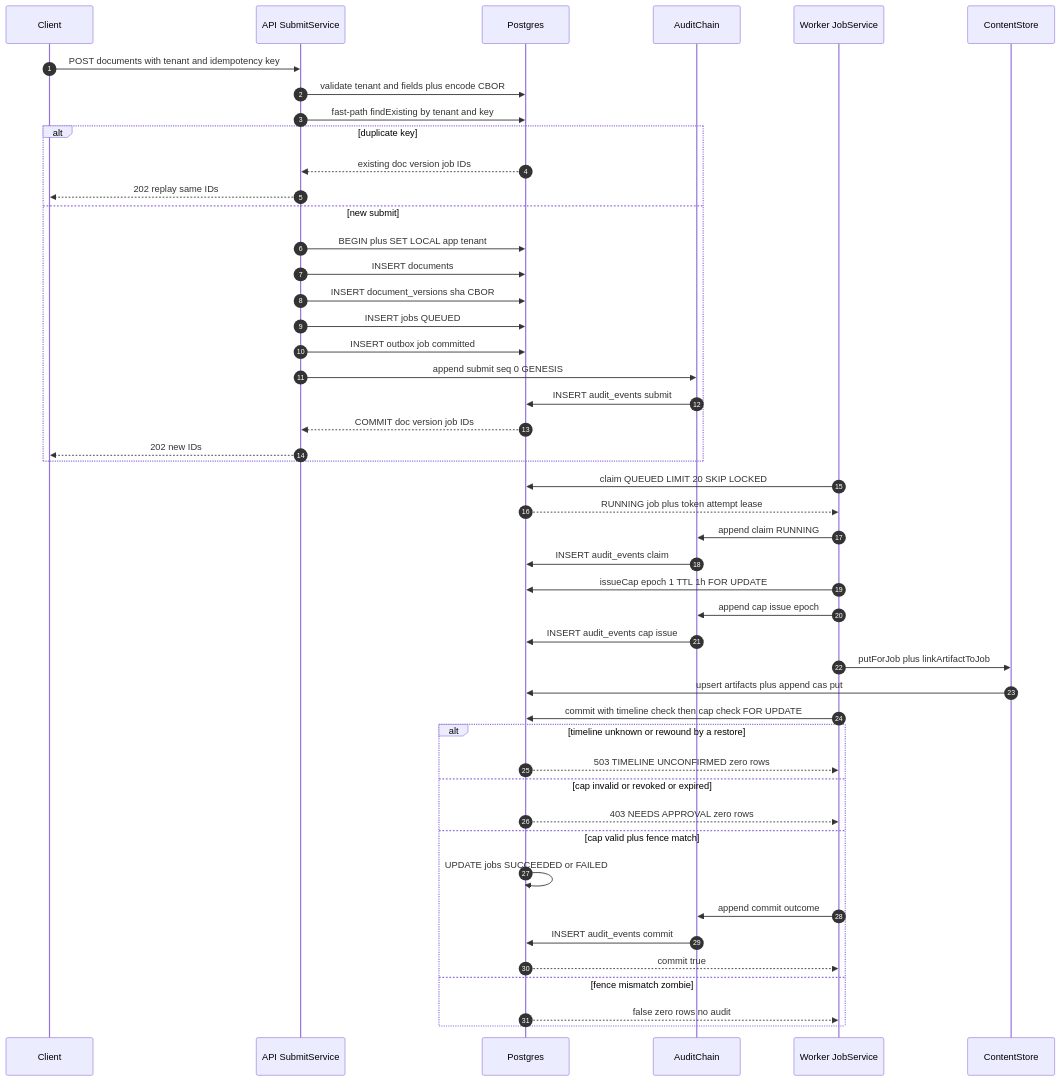
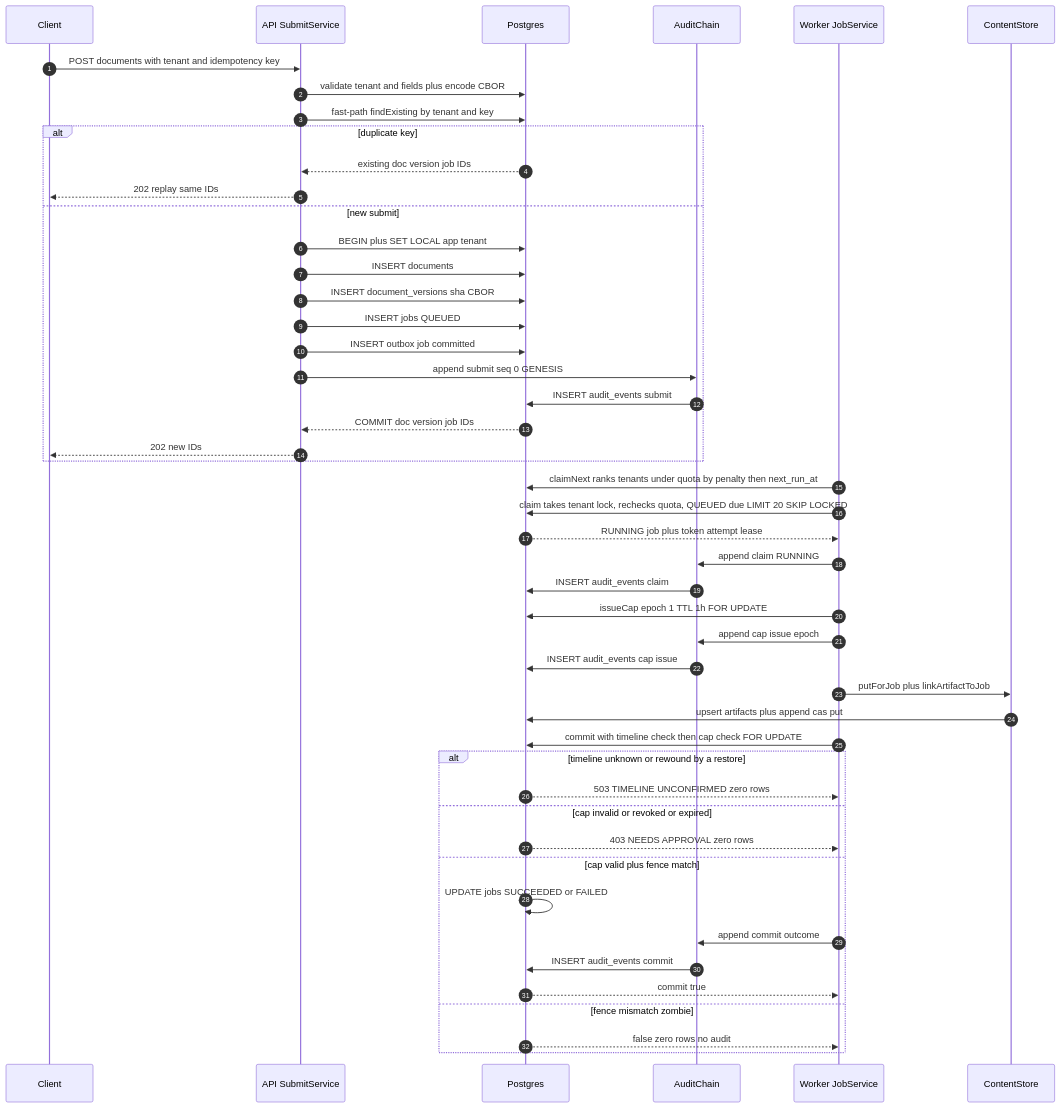
The diagram in docs/architecture/flow-submit-claim-commit.mmd (G1DO/anvil), drawn with Mermaid before and after one commit. The commit also changed 15 other files, not shown here.

First line of the commit message:
Claim fairly across tenants under a per-tenant quota (#117)

```diff
--- a/docs/architecture/flow-submit-claim-commit.mmd
+++ b/docs/architecture/flow-submit-claim-commit.mmd
@@ -1,47 +1,48 @@
 sequenceDiagram
     autonumber
     participant C as Client
     participant A as API SubmitService
     participant D as Postgres
     participant U as AuditChain
     participant W as Worker JobService
     participant S as ContentStore
     C->>A: POST documents with tenant and idempotency key
     A->>D: validate tenant and fields plus encode CBOR
     A->>D: fast-path findExisting by tenant and key
     alt duplicate key
         D-->>A: existing doc version job IDs
         A-->>C: 202 replay same IDs
     else new submit
         A->>D: BEGIN plus SET LOCAL app tenant
         A->>D: INSERT documents
         A->>D: INSERT document_versions sha CBOR
         A->>D: INSERT jobs QUEUED
         A->>D: INSERT outbox job committed
         A->>U: append submit seq 0 GENESIS
         U->>D: INSERT audit_events submit
         D-->>A: COMMIT doc version job IDs
         A-->>C: 202 new IDs
     end
-    W->>D: claim QUEUED LIMIT 20 SKIP LOCKED
+    W->>D: claimNext ranks tenants under quota by penalty then next_run_at
+    W->>D: claim takes tenant lock, rechecks quota, QUEUED due LIMIT 20 SKIP LOCKED
     D-->>W: RUNNING job plus token attempt lease
     W->>U: append claim RUNNING
     U->>D: INSERT audit_events claim
     W->>D: issueCap epoch 1 TTL 1h FOR UPDATE
     W->>U: append cap issue epoch
     U->>D: INSERT audit_events cap issue
     W->>S: putForJob plus linkArtifactToJob
     S->>D: upsert artifacts plus append cas put
     W->>D: commit with timeline check then cap check FOR UPDATE
     alt timeline unknown or rewound by a restore
         D-->>W: 503 TIMELINE UNCONFIRMED zero rows
     else cap invalid or revoked or expired
         D-->>W: 403 NEEDS APPROVAL zero rows
     else cap valid plus fence match
         D->>D: UPDATE jobs SUCCEEDED or FAILED
         W->>U: append commit outcome
         U->>D: INSERT audit_events commit
         D-->>W: commit true
     else fence mismatch zombie
         D-->>W: false zero rows no audit
     end
```
